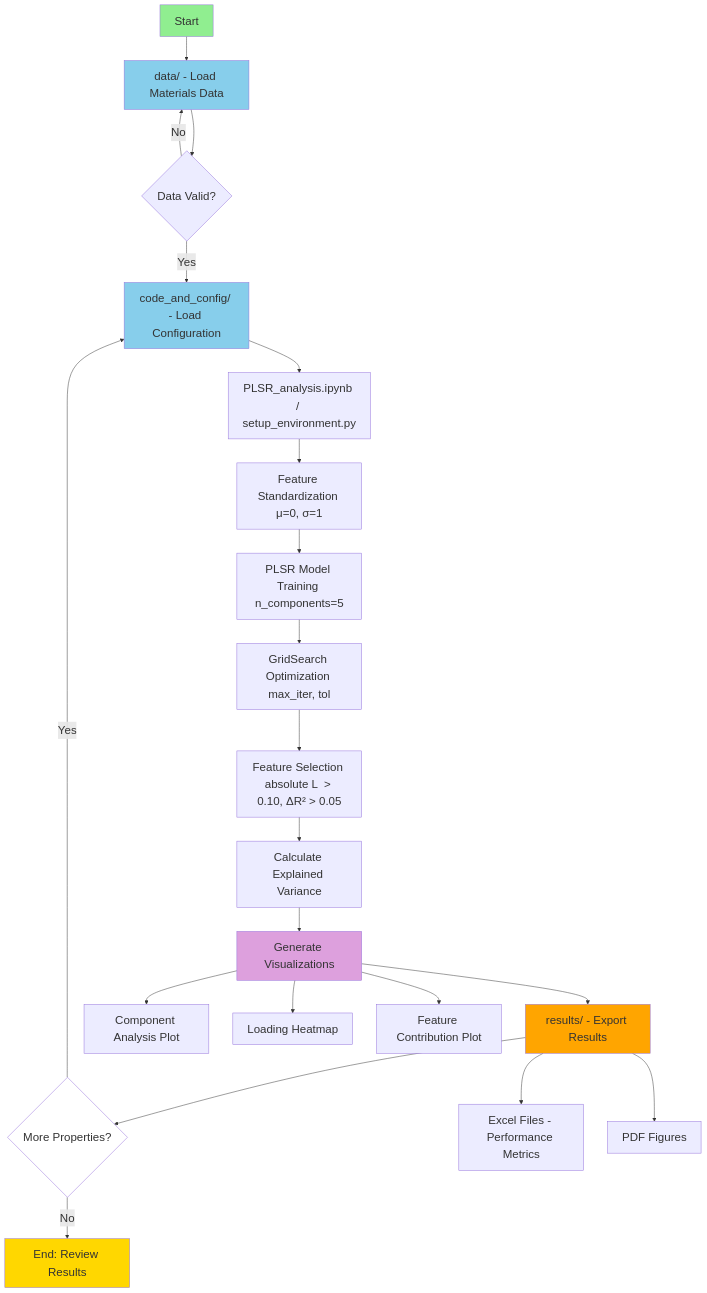
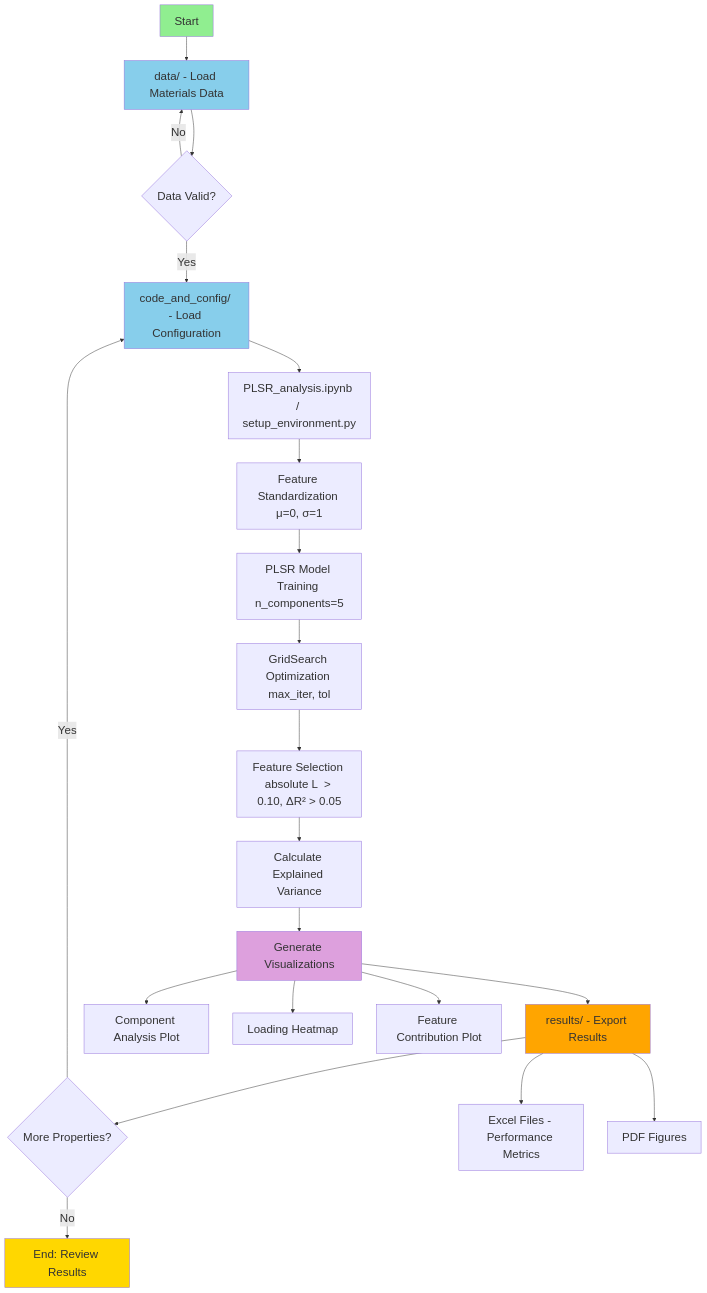
The diagram in plsr_feature_selection/README.md (Shaswat-qm-researcher/Physics-Informed-Symbolic-Regression-for-Phonon-Related-Property-Prediction-and-Materials-Discovery), drawn with Mermaid before and after one commit.

Commit message:
Update style M in README to remove fill color
Removed fill color from style M in README.

````diff
--- a/plsr_feature_selection/README.md
+++ b/plsr_feature_selection/README.md
@@ -24,46 +24,46 @@
 ```mermaid
 flowchart TD
     A[Start] --> B[data/ - Load Materials Data]
     B --> C{Data Valid?}
     C -->|No| B
     C -->|Yes| D[code_and_config/ - Load Configuration]
     D --> E[PLSR_analysis.ipynb / setup_environment.py]
     E --> F[Feature Standardization μ=0, σ=1]
     F --> G[PLSR Model Training n_components=5]
     G --> H[GridSearch Optimization max_iter, tol]
     H --> I[Feature Selection absolute L  > 0.10, ΔR² > 0.05]
     I --> J[Calculate Explained Variance]
     J --> K[Generate Visualizations]
     K --> L[results/ - Export Results]
     L --> M{More Properties?}
     M -->|Yes| D
     M -->|No| N[End: Review Results]
     
     K --> K1[Component Analysis Plot]
     K --> K2[Loading Heatmap]
     K --> K3[Feature Contribution Plot]
     
     L --> L1[Excel Files - Performance Metrics]
     L --> L2[PDF Figures]
 
 style A fill:#90EE90, font-size:24px, font-family:Arial
 style B fill:#87CEEB, font-size:24px, font-family:Arial
 style C font-size:24px, font-family:Arial
 style D fill:#87CEEB, font-size:24px, font-family:Arial
 style E font-size:24px, font-family:Arial
 style F font-size:24px, font-family:Arial
 style G font-size:24px, font-family:Arial
 style H font-size:24px, font-family:Arial
 style I font-size:24px, font-family:Arial
 style J font-size:24px, font-family:Arial
 style K fill:#DDA0DD, font-size:24px, font-family:Arial
 style K1 font-size:24px, font-family:Arial
 style K2 font-size:24px, font-family:Arial
 style K3 font-size:24px, font-family:Arial
 style L fill:#FFA500, font-size:24px, font-family:Arial
 style L1 font-size:24px, font-family:Arial
 style L2 font-size:24px, font-family:Arial
-style M fill:#FFFFFF, font-size:24px, font-family:Arial
+style M font-size:24px, font-family:Arial
 style N fill:#FFD700, font-size:24px, font-family:Arial
 linkStyle 0,1,2,3,4,5,6,7,8,9,10,11,12,13,14,15 font-size:24px, font-family:Arial
 ```
````
